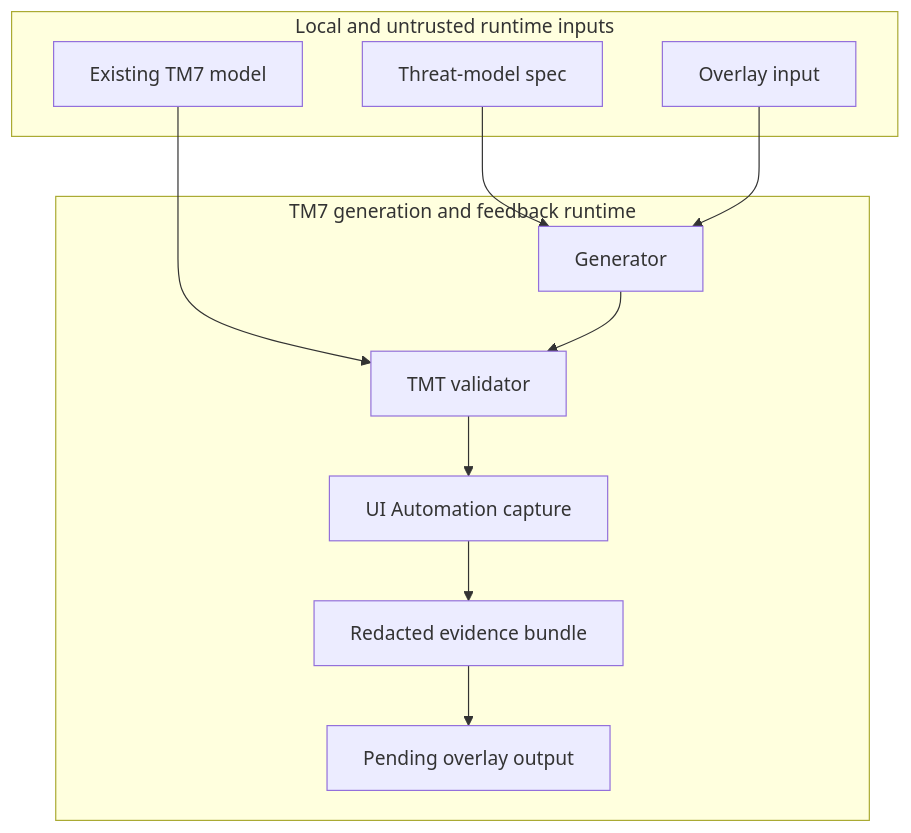
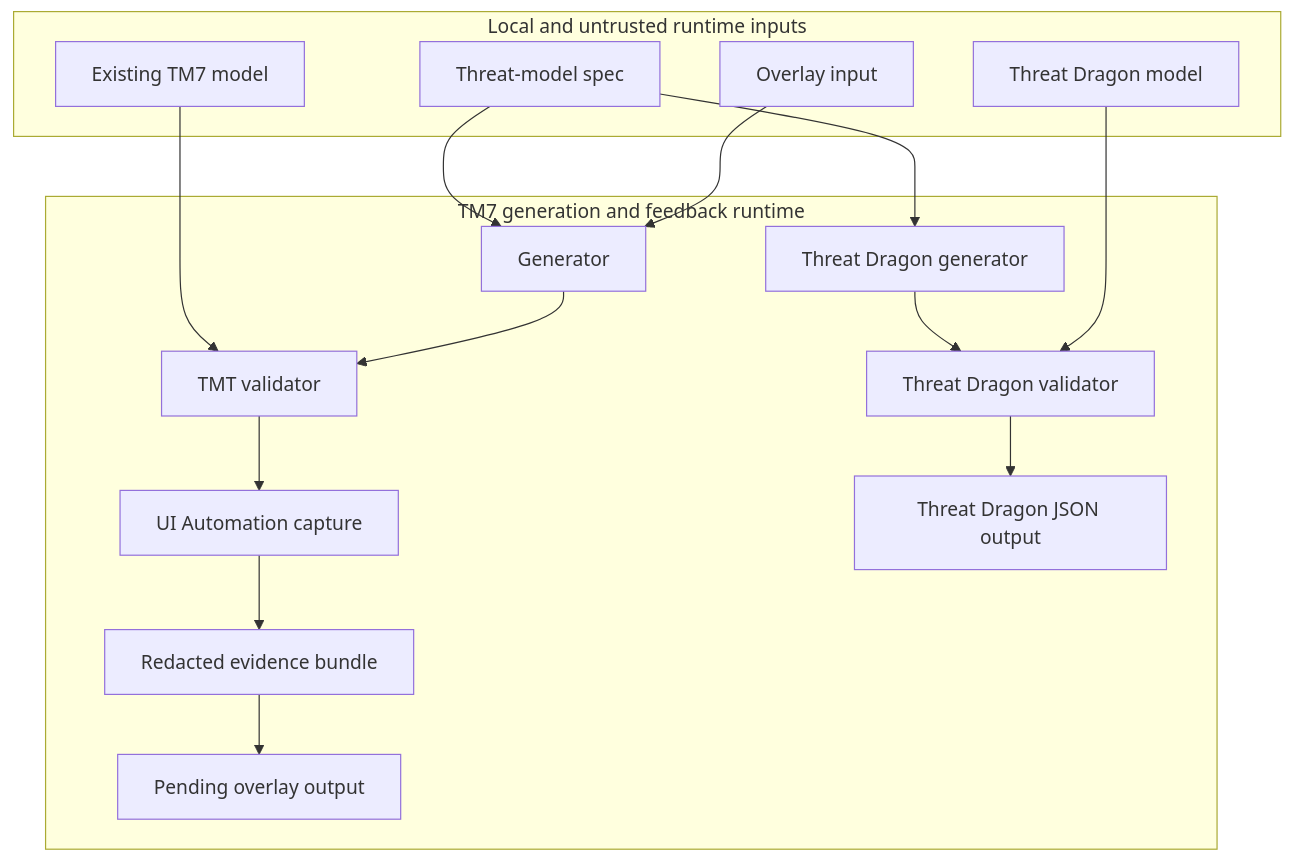
The diagram in .github/skills/project-planning/security-planning/SECURITY.md (microsoft/hve-core), drawn with Mermaid before and after one commit. The commit also changed other lines of this file and 35 other files, not shown here.

First line of the commit message:
feat(skills): add OWASP Threat Dragon export to security planning

````diff
--- a/.github/skills/project-planning/security-planning/SECURITY.md
+++ b/.github/skills/project-planning/security-planning/SECURITY.md
@@ -59,22 +62,30 @@
 ```mermaid
 flowchart TD
     subgraph INPUT["Local and untrusted runtime inputs"]
         SPEC["Threat-model spec"]
         OVERLAY["Overlay input"]
         MODEL["Existing TM7 model"]
+        TD_MODEL["Threat Dragon model"]
     end
     subgraph RUNTIME["TM7 generation and feedback runtime"]
         GEN["Generator"]
         VALIDATE["TMT validator"]
         UIA["UI Automation capture"]
         EVIDENCE["Redacted evidence bundle"]
         OVERLAYOUT["Pending overlay output"]
+        TD_GEN["Threat Dragon generator"]
+        TD_VAL["Threat Dragon validator"]
+        TD_OUT["Threat Dragon JSON output"]
     end
     SPEC --> GEN
     OVERLAY --> GEN
     MODEL --> VALIDATE
     GEN --> VALIDATE
     VALIDATE --> UIA
     UIA --> EVIDENCE
     EVIDENCE --> OVERLAYOUT
+    SPEC --> TD_GEN
+    TD_GEN --> TD_VAL
+    TD_MODEL --> TD_VAL
+    TD_VAL --> TD_OUT
 ```
````
